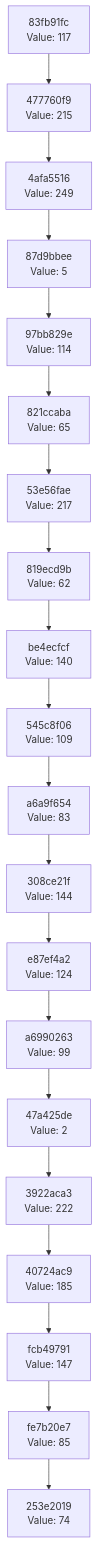
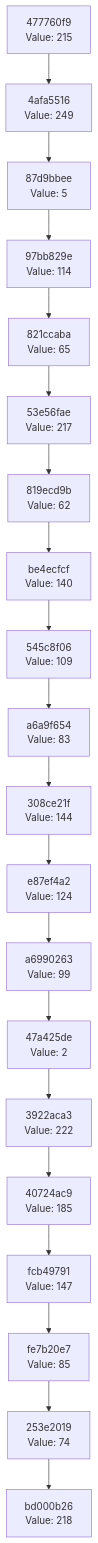
One commit to Abhisheksinha1506/hash-chain-evolver changed the diagram in docs/CHAIN_VISUALIZATION.md. Above: the diagram before and after it, drawn with Mermaid. The commit also changed 2 other files, not shown here.

Commit message:
Evolution Step

````diff
--- a/docs/CHAIN_VISUALIZATION.md
+++ b/docs/CHAIN_VISUALIZATION.md
@@ -3,42 +3,42 @@
 ```mermaid
 graph TD
-    C0["253e2019<br/>Value: 74"]
-    C1["fe7b20e7<br/>Value: 85"]
+    C0["bd000b26<br/>Value: 218"]
+    C1["253e2019<br/>Value: 74"]
     C1 --> C0
-    C2["fcb49791<br/>Value: 147"]
+    C2["fe7b20e7<br/>Value: 85"]
     C2 --> C1
-    C3["40724ac9<br/>Value: 185"]
+    C3["fcb49791<br/>Value: 147"]
     C3 --> C2
-    C4["3922aca3<br/>Value: 222"]
+    C4["40724ac9<br/>Value: 185"]
     C4 --> C3
-    C5["47a425de<br/>Value: 2"]
+    C5["3922aca3<br/>Value: 222"]
     C5 --> C4
-    C6["a6990263<br/>Value: 99"]
+    C6["47a425de<br/>Value: 2"]
     C6 --> C5
-    C7["e87ef4a2<br/>Value: 124"]
+    C7["a6990263<br/>Value: 99"]
     C7 --> C6
-    C8["308ce21f<br/>Value: 144"]
+    C8["e87ef4a2<br/>Value: 124"]
     C8 --> C7
-    C9["a6a9f654<br/>Value: 83"]
+    C9["308ce21f<br/>Value: 144"]
     C9 --> C8
-    C10["545c8f06<br/>Value: 109"]
+    C10["a6a9f654<br/>Value: 83"]
     C10 --> C9
-    C11["be4ecfcf<br/>Value: 140"]
+    C11["545c8f06<br/>Value: 109"]
     C11 --> C10
-    C12["819ecd9b<br/>Value: 62"]
+    C12["be4ecfcf<br/>Value: 140"]
     C12 --> C11
-    C13["53e56fae<br/>Value: 217"]
+    C13["819ecd9b<br/>Value: 62"]
     C13 --> C12
-    C14["821ccaba<br/>Value: 65"]
+    C14["53e56fae<br/>Value: 217"]
     C14 --> C13
-    C15["97bb829e<br/>Value: 114"]
+    C15["821ccaba<br/>Value: 65"]
     C15 --> C14
-    C16["87d9bbee<br/>Value: 5"]
+    C16["97bb829e<br/>Value: 114"]
     C16 --> C15
-    C17["4afa5516<br/>Value: 249"]
+    C17["87d9bbee<br/>Value: 5"]
     C17 --> C16
-    C18["477760f9<br/>Value: 215"]
+    C18["4afa5516<br/>Value: 249"]
     C18 --> C17
-    C19["83fb91fc<br/>Value: 117"]
+    C19["477760f9<br/>Value: 215"]
     C19 --> C18
 ```
````
